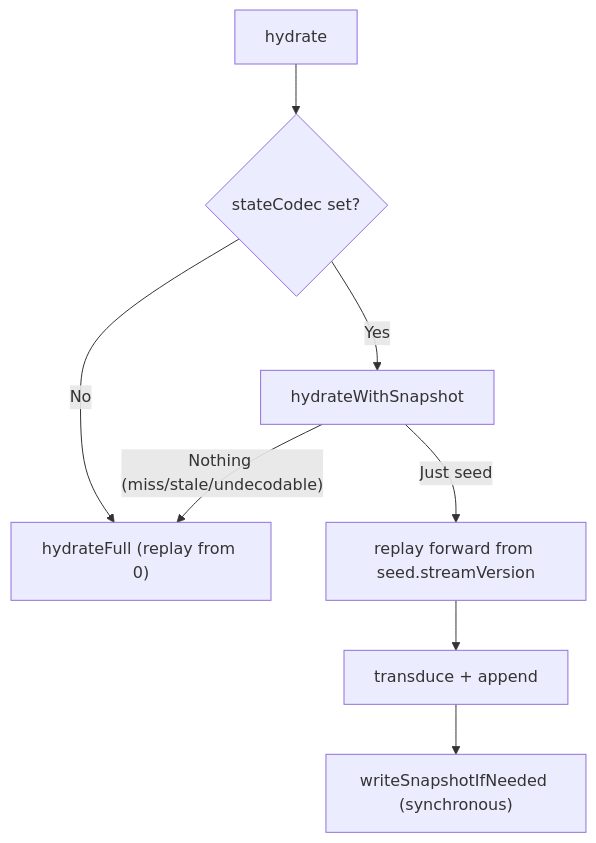
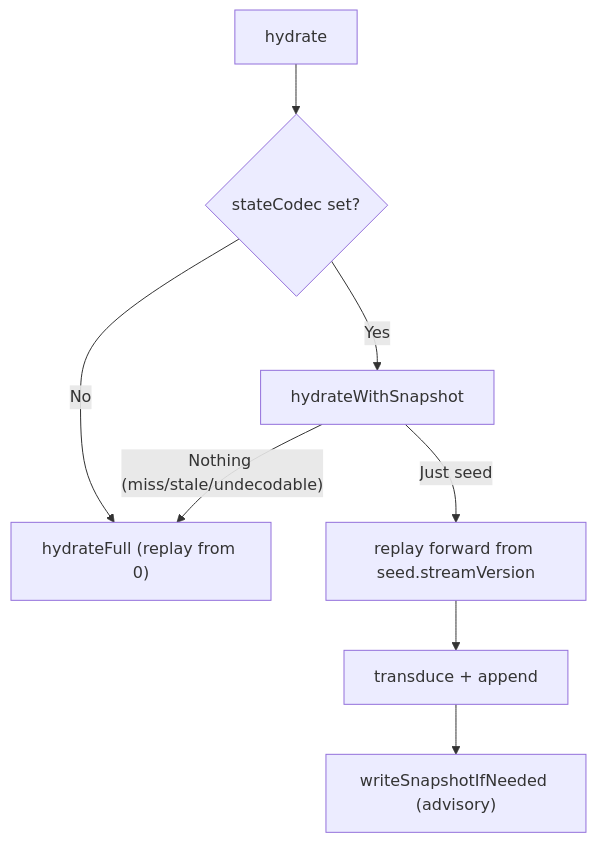
Before and after one commit to shinzui/keiro-runtime-docs: the diagram in content/docs/keiro/explanation/consistency-and-snapshots.mdx, drawn with Mermaid. The commit also changed other lines of this file and 27 other files, not shown here.

````diff
--- a/content/docs/keiro/explanation/consistency-and-snapshots.mdx
+++ b/content/docs/keiro/explanation/consistency-and-snapshots.mdx
@@ -41,10 +42,10 @@
 ```mermaid
 flowchart TD
   H["hydrate"] --> C{"stateCodec set?"}
   C -- "No" --> Full["hydrateFull (replay from 0)"]
   C -- "Yes" --> L["hydrateWithSnapshot"]
   L -- "Nothing (miss/stale/undecodable)" --> Full
   L -- "Just seed" --> R["replay forward from seed.streamVersion"]
   R --> D["transduce + append"]
-  D --> W["writeSnapshotIfNeeded (synchronous)"]
+  D --> W["writeSnapshotIfNeeded (advisory)"]
 ```
````
